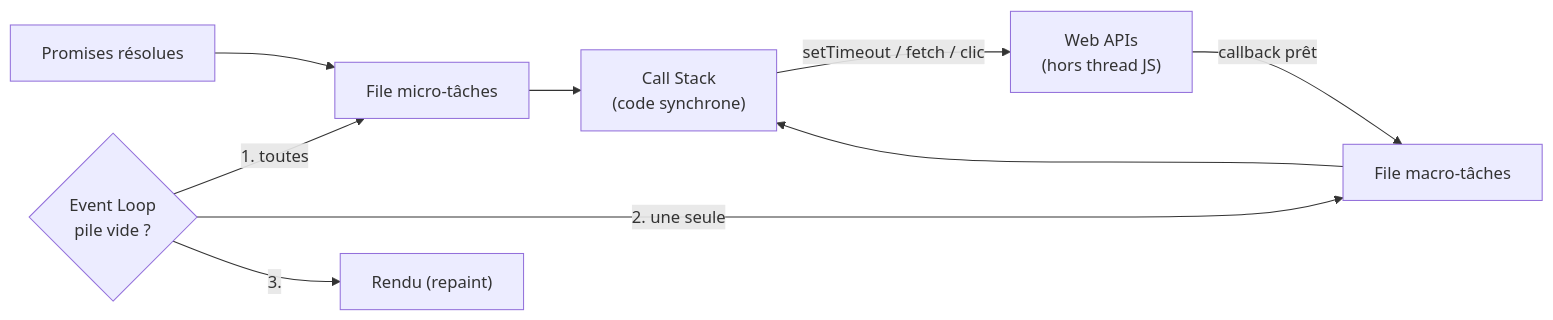
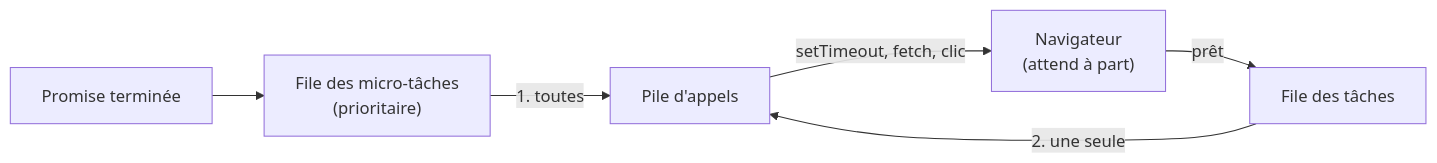
The diagram in 03-Langage/JavaScript/JS-06-Event-Loop.md (galsen-76/Informatique-), drawn with Mermaid before and after one commit. The commit also changed other lines of this file and 43 other files, not shown here.

````diff
--- a/03-Langage/JavaScript/JS-06-Event-Loop.md
+++ b/03-Langage/JavaScript/JS-06-Event-Loop.md
@@ -67,11 +45,8 @@
 ```mermaid
 flowchart LR
-  S["Call Stack<br/>(code synchrone)"] -->|"setTimeout / fetch / clic"| W["Web APIs<br/>(hors thread JS)"]
-  W -->|"callback prêt"| MA["File macro-tâches"]
-  P["Promises résolues"] --> MI["File micro-tâches"]
-  L{"Event Loop<br/>pile vide ?"} -->|"1. toutes"| MI
-  L -->|"2. une seule"| MA
-  MI --> S
-  MA --> S
-  L -->|"3."| R["Rendu (repaint)"]
+  S["Pile d'appels"] -->|"setTimeout, fetch, clic"| W["Navigateur<br/>(attend à part)"]
+  W -->|"prêt"| T["File des tâches"]
+  P["Promise terminée"] --> MI["File des micro-tâches<br/>(prioritaire)"]
+  MI -->|"1. toutes"| S
+  T -->|"2. une seule"| S
 ```
````
